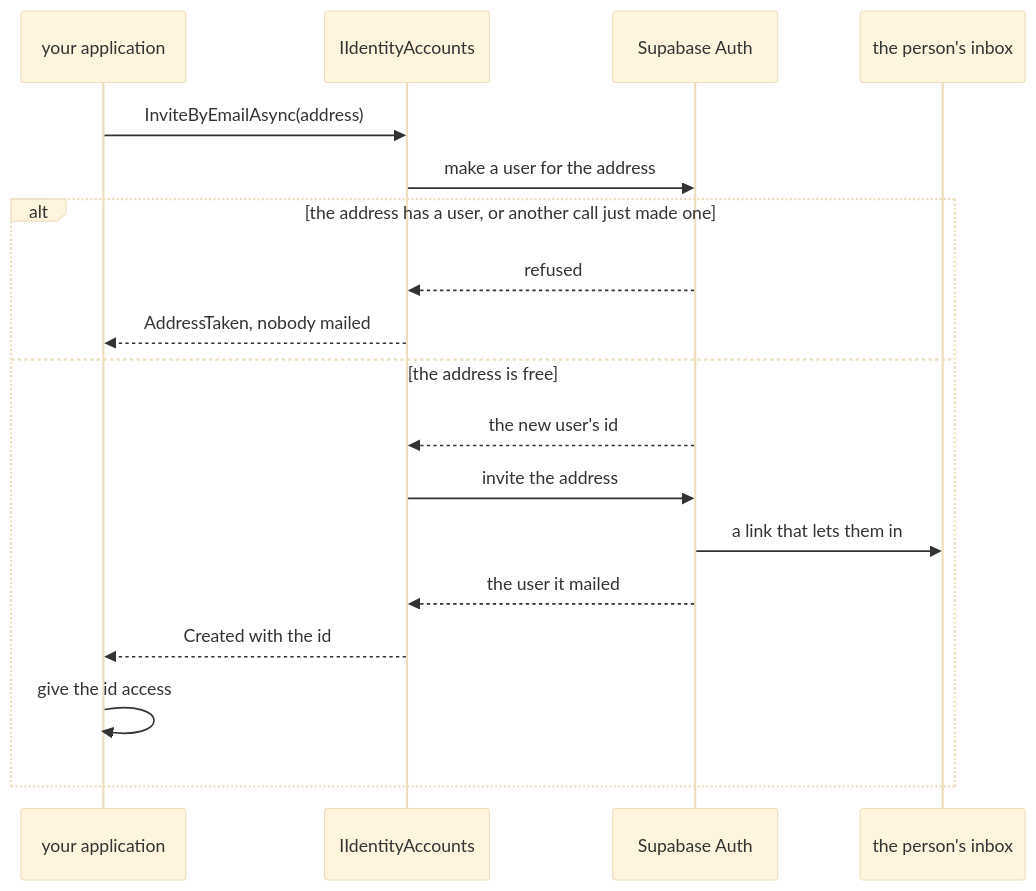
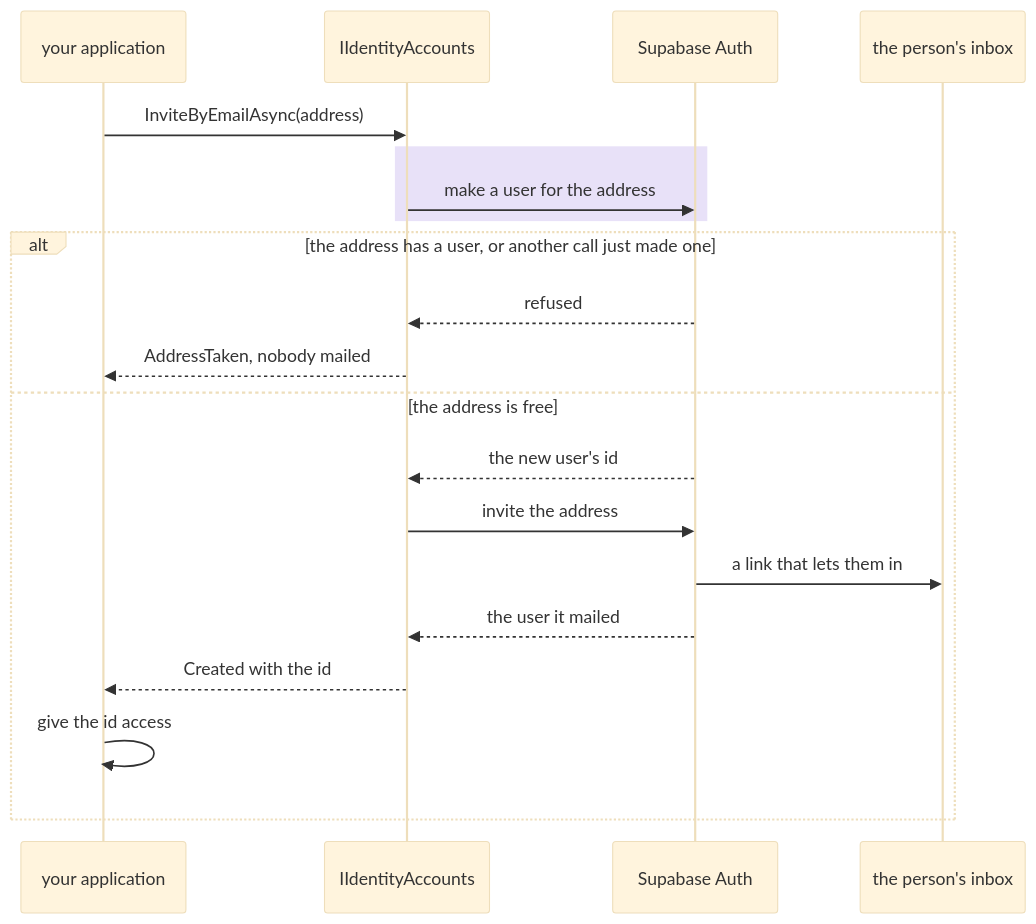
The tenth of 10 diagrams in docs/supabase.md (DylanSnel/DDDToolkit), drawn with Mermaid (base theme) before and after one commit. The commit also changed other lines of this file and 41 other files, not shown here.

First line of the commit message:
Docs: plain prose, one word per concept, and readable diagrams on every page

````diff
--- a/docs/supabase.md
+++ b/docs/supabase.md
@@ -1398,20 +1628,22 @@
 ```mermaid
 sequenceDiagram
     participant App as your application
     participant Port as IIdentityAccounts
     participant Supabase as Supabase Auth
     participant Person as the person's inbox
     App->>Port: InviteByEmailAsync(address)
-    Port->>Supabase: make a user for the address
+    rect rgba(91, 46, 201, 0.14)
+        Port->>Supabase: make a user for the address
+    end
     alt the address has a user, or another call just made one
         Supabase-->>Port: refused
         Port-->>App: AddressTaken, nobody mailed
     else the address is free
         Supabase-->>Port: the new user's id
         Port->>Supabase: invite the address
         Supabase->>Person: a link that lets them in
         Supabase-->>Port: the user it mailed
         Port-->>App: Created with the id
         App->>App: give the id access
     end
 ```
````
